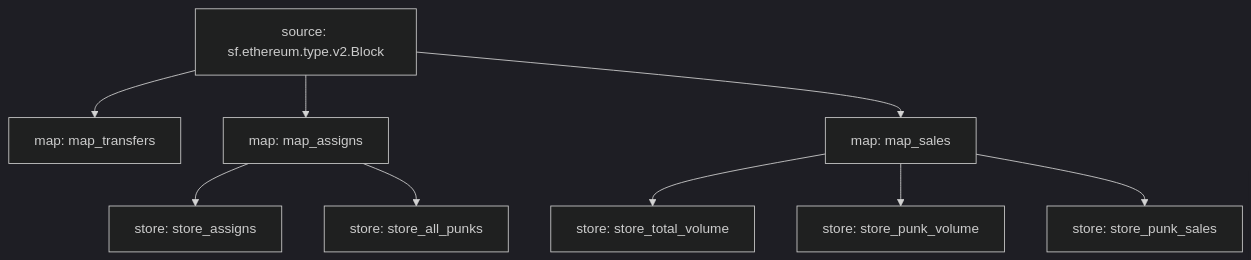
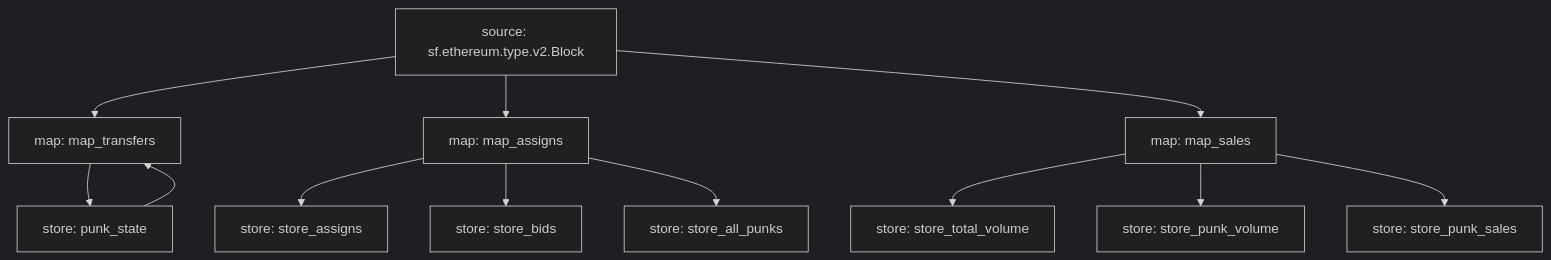
The diagram in README.md (itsjerryokolo/cryptopunks_substreams), drawn with Mermaid (dark theme) before and after one commit. The commit also changed 3 other files, not shown here.

Commit message:
filter punk state from assigns & burns

````diff
--- a/README.md
+++ b/README.md
@@ -3,19 +3,24 @@
 ```mermaid
 graph TD;
   map_transfers[map: map_transfers]
   sf.ethereum.type.v2.Block[source: sf.ethereum.type.v2.Block] --> map_transfers
+  punk_state[source: punk_state] --> map_transfers
+  punk_state[store: punk_state]
+  map_transfers --> punk_state
   map_assigns[map: map_assigns]
   sf.ethereum.type.v2.Block[source: sf.ethereum.type.v2.Block] --> map_assigns
   store_assigns[store: store_assigns]
   map_assigns --> store_assigns
+  store_bids[store: store_bids]
+  map_assigns --> store_bids
   store_all_punks[store: store_all_punks]
   map_assigns --> store_all_punks
   store_total_volume[store: store_total_volume]
   map_sales --> store_total_volume
   store_punk_volume[store: store_punk_volume]
   map_sales --> store_punk_volume
   store_punk_sales[store: store_punk_sales]
   map_sales --> store_punk_sales
   map_sales[map: map_sales]
   sf.ethereum.type.v2.Block[source: sf.ethereum.type.v2.Block] --> map_sales
 ```
````
